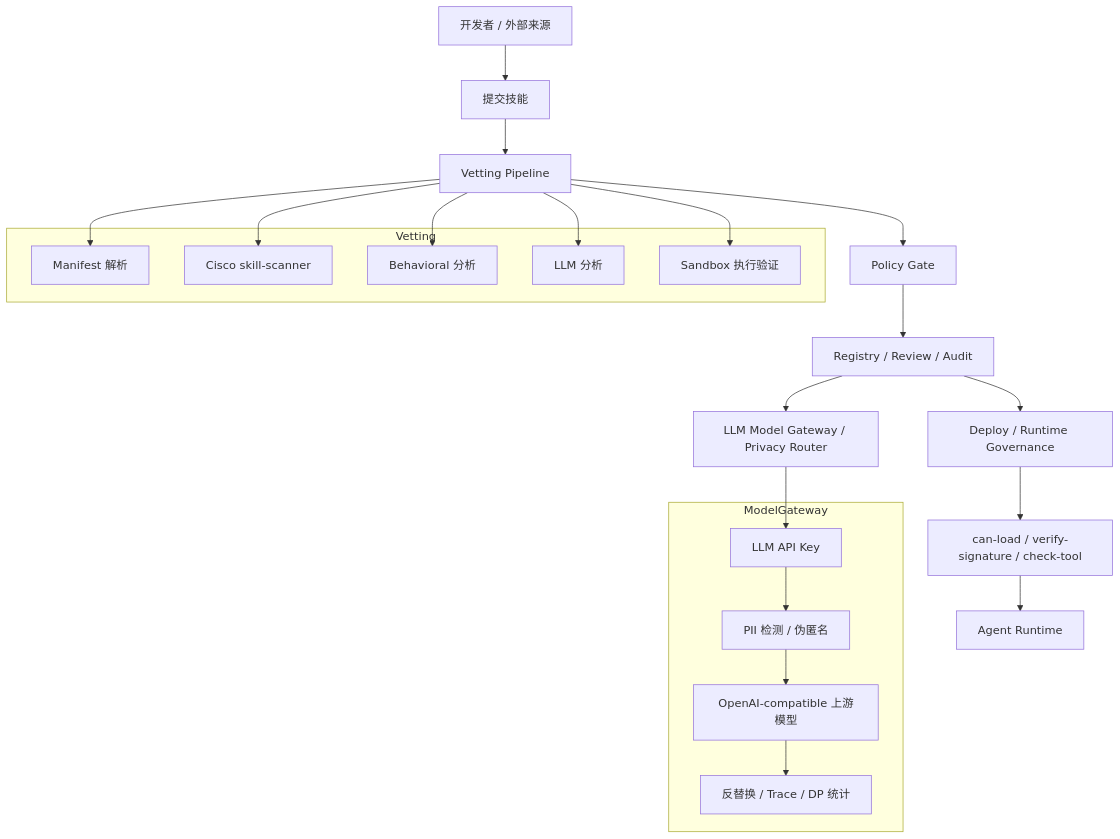
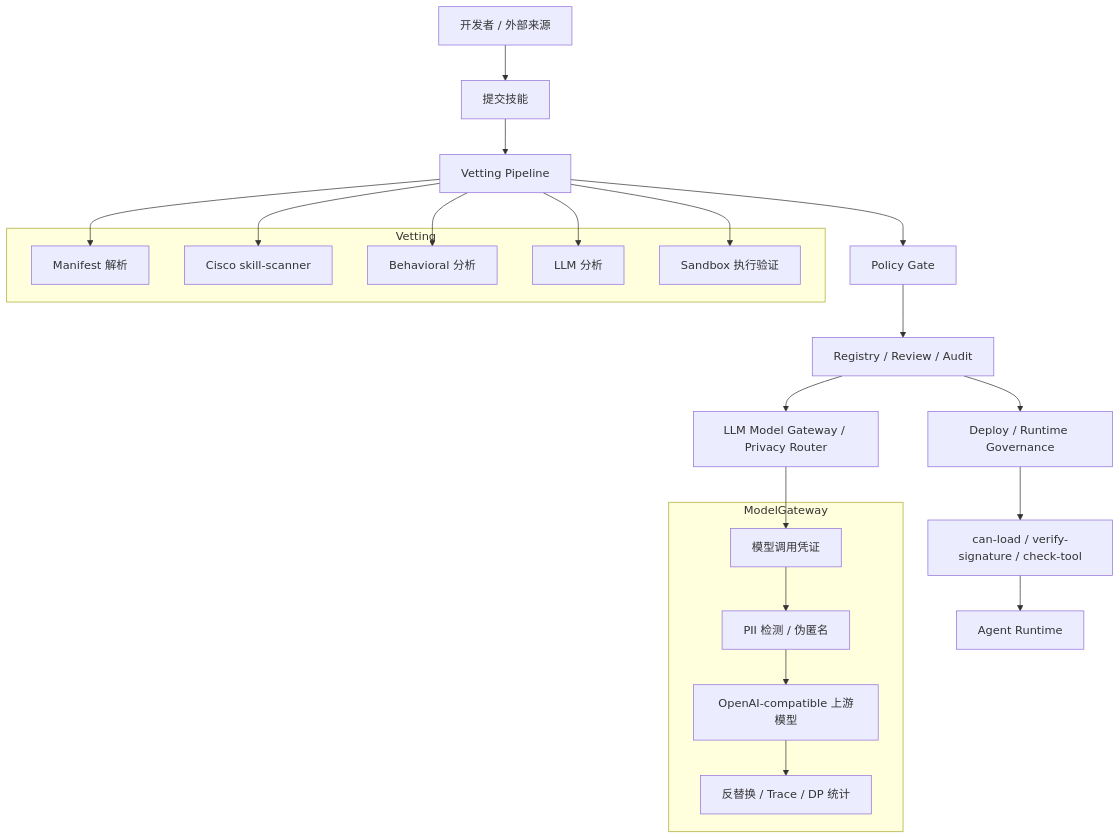
The first of 5 diagrams in docs/project-guide.md (HuangLuGuang/skill-manager), drawn with Mermaid before and after one commit. The commit also changed other lines of this file and 37 other files, not shown here.

````diff
--- a/docs/project-guide.md
+++ b/docs/project-guide.md
@@ -162,35 +162,35 @@
 ```mermaid
 flowchart TB
     U["开发者 / 外部来源"] --> S["提交技能"]
     S --> V["Vetting Pipeline"]
     V --> P["Policy Gate"]
     P --> R["Registry / Review / Audit"]
     R --> D["Deploy / Runtime Governance"]
     R --> M["LLM Model Gateway / Privacy Router"]
 
     subgraph Vetting
       V1["Manifest 解析"]
       V2["Cisco skill-scanner"]
       V3["Behavioral 分析"]
       V4["LLM 分析"]
       V5["Sandbox 执行验证"]
     end
 
     V --> V1
     V --> V2
     V --> V3
     V --> V4
     V --> V5
 
     D --> G["can-load / verify-signature / check-tool"]
     G --> A["Agent Runtime"]
 
     subgraph ModelGateway
-      M1["LLM API Key"]
+      M1["模型调用凭证"]
       M2["PII 检测 / 伪匿名"]
       M3["OpenAI-compatible 上游模型"]
       M4["反替换 / Trace / DP 统计"]
     end
 
     M --> M1 --> M2 --> M3 --> M4
 ```
````
